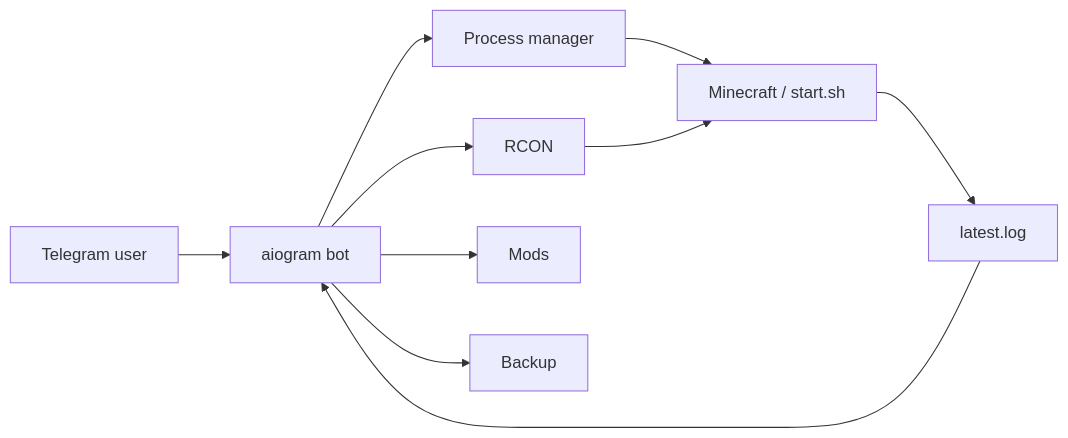
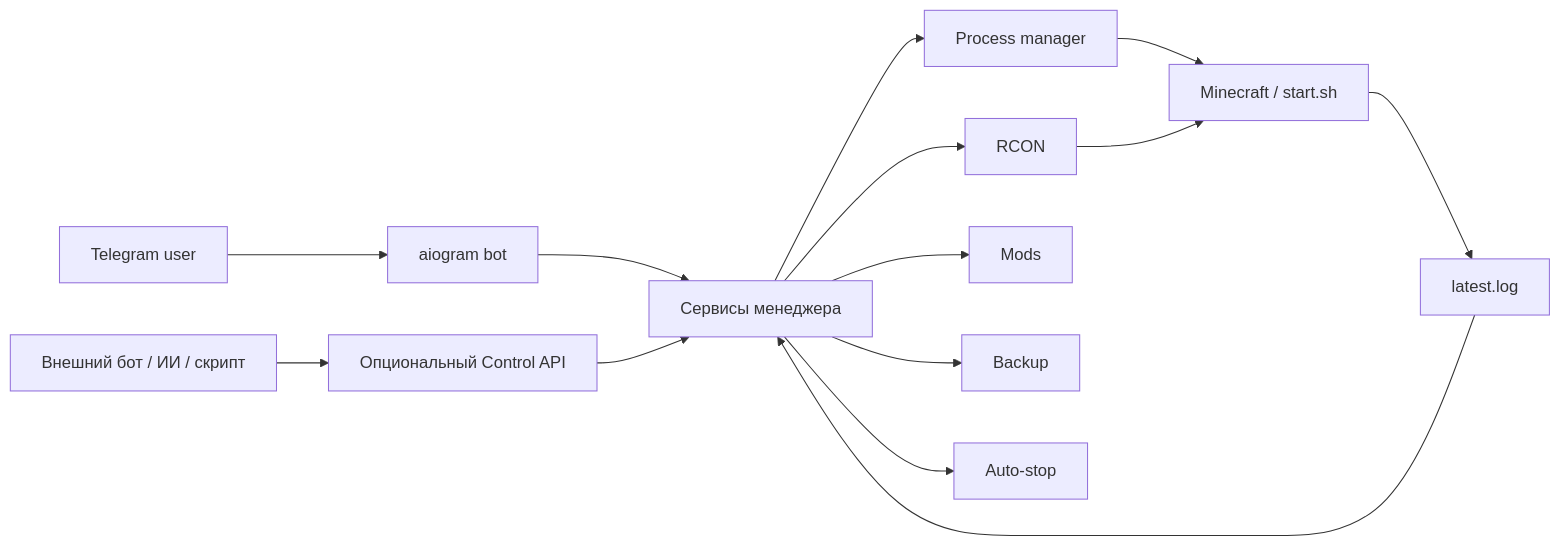
Before and after one commit to sqwiziiy/Telegram-Minecraft-Server-Manager: the diagram in README_RU.md, drawn with Mermaid. The commit also changed other lines of this file, not shown here.

Commit message:
docs: clarify standalone manager and optional integrations

````diff
--- a/README_RU.md
+++ b/README_RU.md
@@ -41,12 +43,16 @@
 ```mermaid
 flowchart LR
     TG[Telegram user] --> BOT[aiogram bot]
-    BOT --> PM[Process manager]
-    BOT --> RCON[RCON]
-    BOT --> MODS[Mods]
-    BOT --> BACKUP[Backup]
+    EXT[Внешний бот / ИИ / скрипт] --> API[Опциональный Control API]
+    BOT --> CORE[Сервисы менеджера]
+    API --> CORE
+    CORE --> PM[Process manager]
+    CORE --> RCON[RCON]
+    CORE --> MODS[Mods]
+    CORE --> BACKUP[Backup]
+    CORE --> AUTO[Auto-stop]
     PM --> MC[Minecraft / start.sh]
     RCON --> MC
     MC --> LOG[latest.log]
-    LOG --> BOT
+    LOG --> CORE
 ```
````
